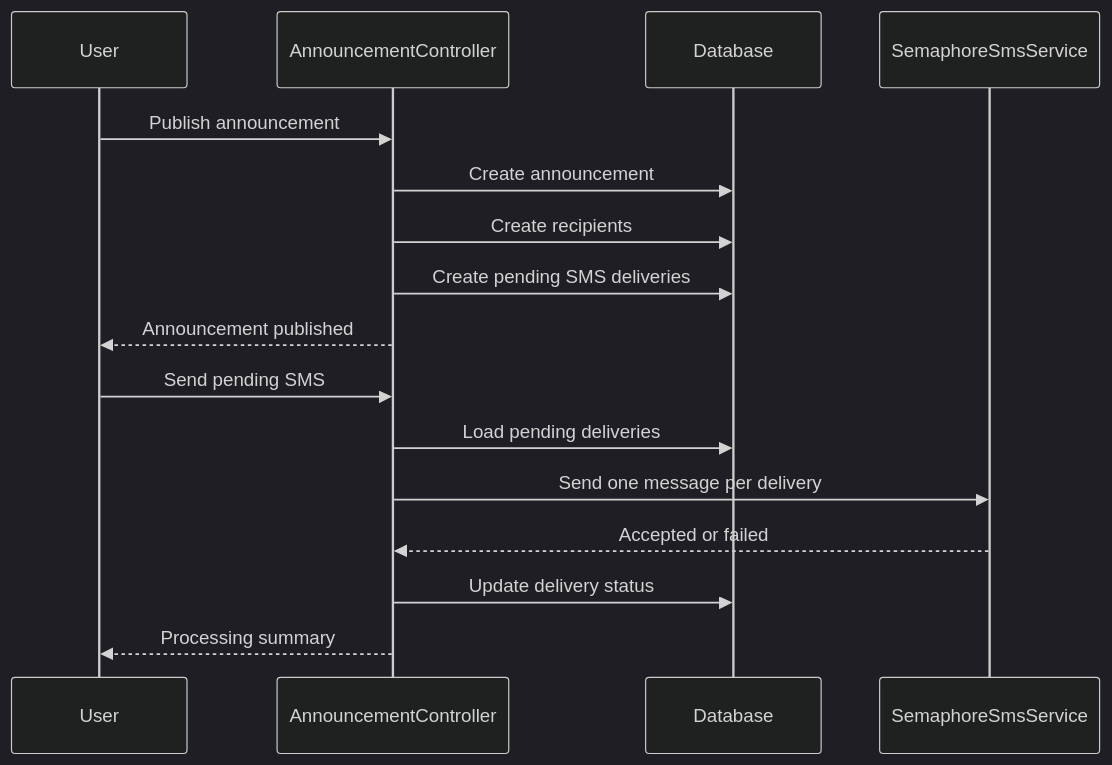
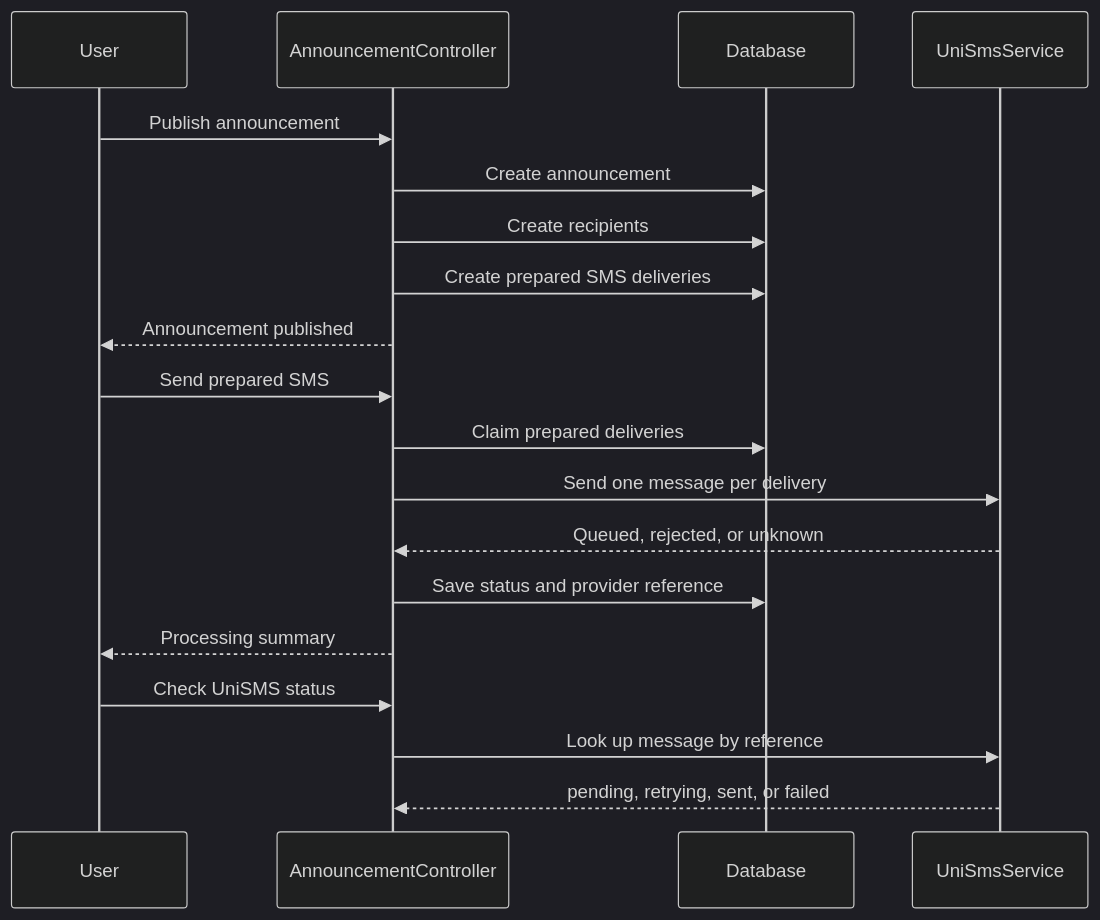
Diagram 11 of 18 in README.md (Jayrick-Malinao/EWebsite), drawn with Mermaid (dark theme) before and after one commit. The commit also changed other lines of this file and 180 other files, not shown here.

````diff
--- a/README.md
+++ b/README.md
@@ -261,19 +248,22 @@
 ```mermaid
 sequenceDiagram
     participant User
     participant Controller as AnnouncementController
     participant DB as Database
-    participant SMS as SemaphoreSmsService
+    participant SMS as UniSmsService
 
     User->>Controller: Publish announcement
     Controller->>DB: Create announcement
     Controller->>DB: Create recipients
-    Controller->>DB: Create pending SMS deliveries
+    Controller->>DB: Create prepared SMS deliveries
     Controller-->>User: Announcement published
-    User->>Controller: Send pending SMS
-    Controller->>DB: Load pending deliveries
+    User->>Controller: Send prepared SMS
+    Controller->>DB: Claim prepared deliveries
     Controller->>SMS: Send one message per delivery
-    SMS-->>Controller: Accepted or failed
-    Controller->>DB: Update delivery status
+    SMS-->>Controller: Queued, rejected, or unknown
+    Controller->>DB: Save status and provider reference
     Controller-->>User: Processing summary
+    User->>Controller: Check UniSMS status
+    Controller->>SMS: Look up message by reference
+    SMS-->>Controller: pending, retrying, sent, or failed
 ```
````
